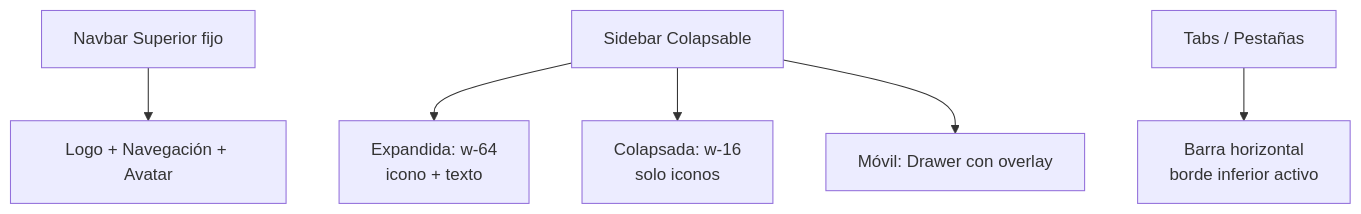
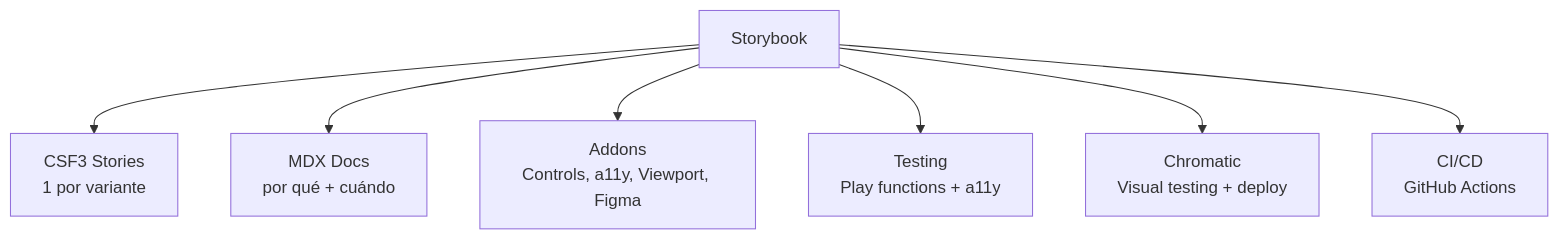
Before and after one commit to Jose-Quesada/presentacion-desarrollo-interfaces-26-27: the sixth of 6 diagrams in unidad-14.md, drawn with Mermaid. The commit also changed other lines of this file and 52 other files, not shown here.

````diff
--- a/unidad-14.md
+++ b/unidad-14.md
@@ -284,8 +734,9 @@
-<div class="mermaid">
+```mermaid
 graph TD
-    A[Navbar Superior fijo] --> B[Logo + Navegación + Avatar]
-    C[Sidebar Colapsable] --> D[Expandida: w-64<br/>icono + texto]
-    C --> E[Colapsada: w-16<br/>solo iconos]
-    C --> F[Móvil: Drawer con overlay]
-    G[Tabs / Pestañas] --> H[Barra horizontal<br/>borde inferior activo]
-</div>
+    A[Storybook] --> B[CSF3 Stories<br/>1 por variante]
+    A --> C[MDX Docs<br/>por qué + cuándo]
+    A --> D[Addons<br/>Controls, a11y, Viewport, Figma]
+    A --> E[Testing<br/>Play functions + a11y]
+    A --> F[Chromatic<br/>Visual testing + deploy]
+    A --> G[CI/CD<br/>GitHub Actions]
+```
````
